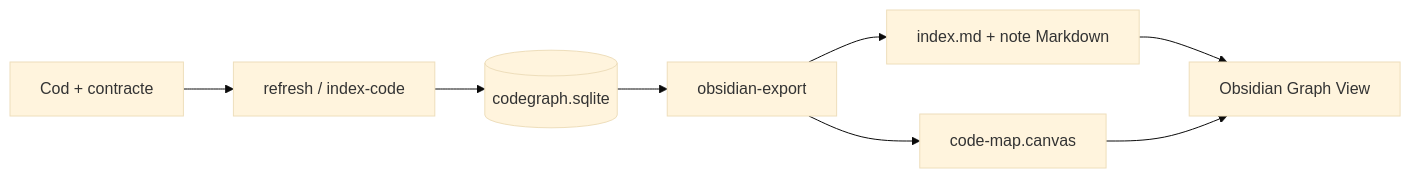
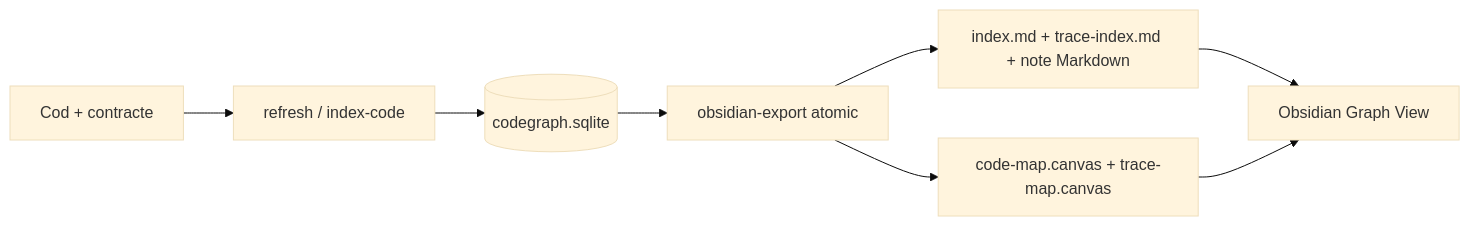
Before and after one commit to Infoapex/infoapex-ai: the first of 2 diagrams in docs/OBSIDIAN-CODE-MAP.md, drawn with Mermaid (base theme). The commit also changed other lines of this file and 166 other files, not shown here.

Commit message:
Implement selective ICM and hybrid graph engineering

````diff
--- a/docs/OBSIDIAN-CODE-MAP.md
+++ b/docs/OBSIDIAN-CODE-MAP.md
@@ -5,10 +5,10 @@
 ```mermaid
 flowchart LR
     S[Cod + contracte] --> I[refresh / index-code]
     I --> DB[(codegraph.sqlite)]
-    DB --> E[obsidian-export]
-    E --> M[index.md + note Markdown]
-    E --> C[code-map.canvas]
+    DB --> E[obsidian-export atomic]
+    E --> M[index.md + trace-index.md + note Markdown]
+    E --> C[code-map.canvas + trace-map.canvas]
     M --> O[Obsidian Graph View]
     C --> O
 ```
````
